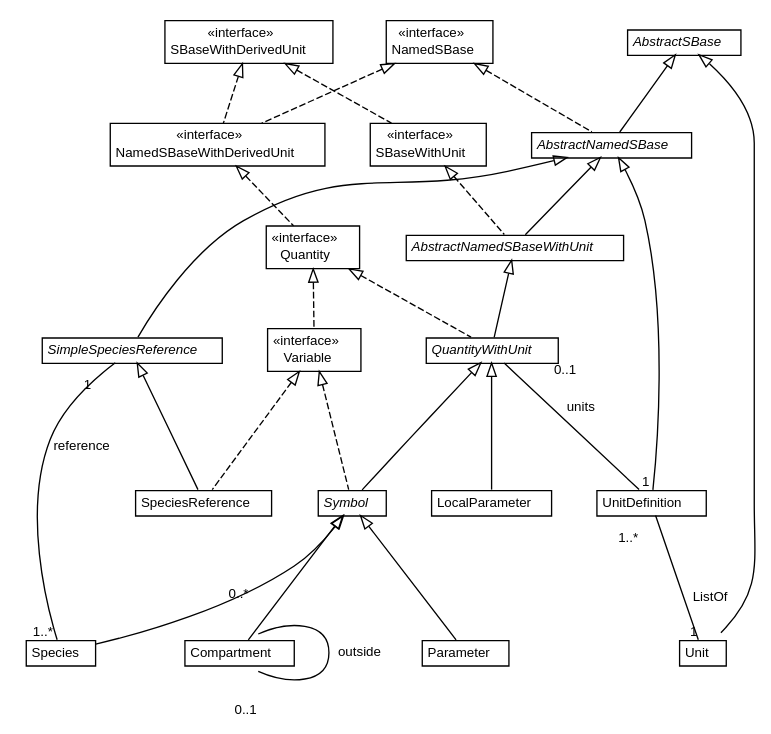
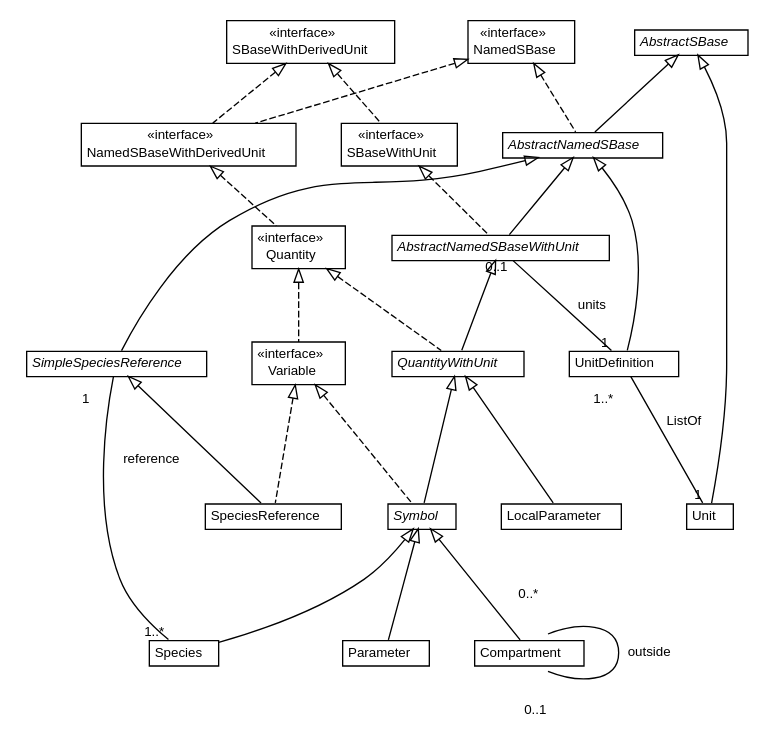
The diagram in doc/img/Symbol.dot (sbmlteam/jsbml), drawn with Graphviz before and after one commit. The commit also changed 9 other files, not shown here.

Commit message:
- Improved the documentation about differences between JSBML and LibSBML. - Corrected mistakes in some of the figures therein. - Corrected bugs in the UnitsCompiler. - Improved reference to the algorithm by Hopcroft and Karp in the OverdeterminationValidator.

```diff
--- a/doc/img/Symbol.dot
+++ b/doc/img/Symbol.dot
@@ -212,8 +212,8 @@
 	c7:p -> c0:p [dir=back,arrowtail=empty];
 	//org.sbml.jsbml.Symbol implements org.sbml.jsbml.Variable
 	c6:p -> c0:p [dir=back,arrowtail=empty,style=dashed];
-	// org.sbml.jsbml.QuantityWithUnit HAS org.sbml.jsbml.UnitDefinition
-	c7:p -> c15:p [taillabel="             0..1", label="  units", headlabel=" 1", fontname="Helvetica", fontcolor="black", fontsize=10.0, color="black", arrowhead=none, arrowtail=ediamond];
+	// org.sbml.jsbml.AbstractNamedSBaseWithUnit HAS org.sbml.jsbml.UnitDefinition
+	c17:p -> c15:p [taillabel="             0..1", label="  units", headlabel=" 1", fontname="Helvetica", fontcolor="black", fontsize=10.0, color="black", arrowhead=none, arrowtail=ediamond];
 	//org.sbml.jsbml.LocalParameter extends org.sbml.jsbml.QuantityWithUnit
 	c7:p -> c1:p [dir=back,arrowtail=empty];
 	//org.sbml.jsbml.SpeciesReference extends org.sbml.jsbml.SimpleSpeciesReference
@@ -259,7 +259,7 @@
 	// org.sbml.jsbml.UnitDefinition COMPOSED org.sbml.jsbml.Unit
 	c15:p -> c16:p [taillabel="\n1..*    ", label="  ListOf", headlabel="1", fontname="Helvetica", fontcolor="black", fontsize=10.0, color="black", arrowhead=none, arrowtail=diamond];
 	//org.sbml.jsbml.Unit extends org.sbml.jsbml.AbstractSBase
-	c11:p -> c16:ne [dir=back,arrowtail=empty];
+	c11:p -> c16:p [dir=back,arrowtail=empty];
 	// SpeciesType
 //	c19[label=<<table title="SpeciesType" border="0" cellborder="1" cellspacing="0" cellpadding="2" port="p" href="http://java.sun.com/j2se/1.4.2/docs/api//SpeciesType.html">
 //		<tr><td><table border="0" cellspacing="0" cellpadding="1">
```
